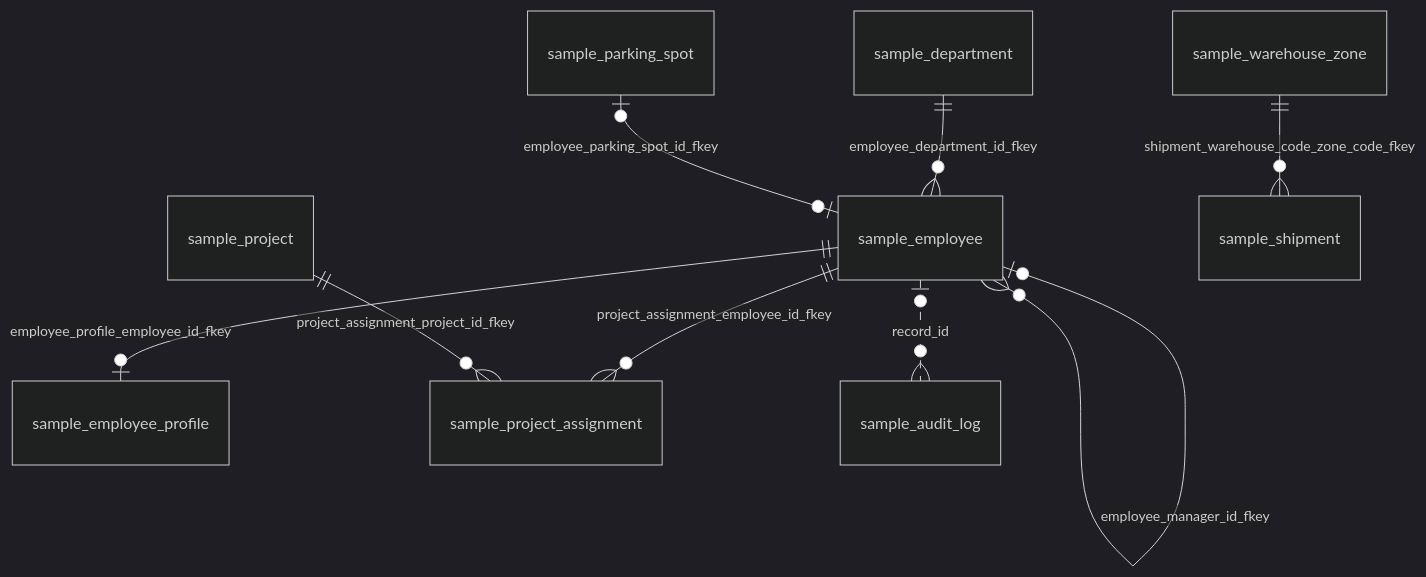
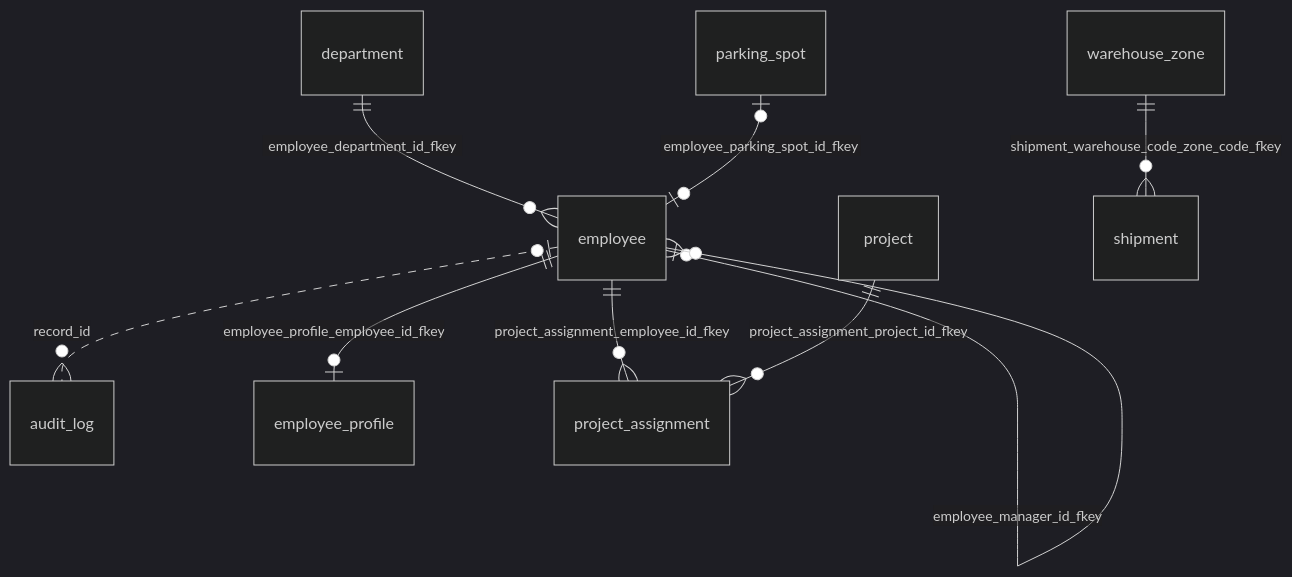
Before and after one commit to ebichan88/exportTableDefinition: the diagram in docs/sample/postgres/output/testdb/erDiagram_testdb_sample.md, drawn with Mermaid (dark theme). The commit also changed other lines of this file and 46 other files, not shown here.

First line of the commit message:
ER図のエンティティ表示ラベルをMermaidの別名構文でテーブル名のみに簡素化

````diff
--- a/docs/sample/postgres/output/testdb/erDiagram_testdb_sample.md
+++ b/docs/sample/postgres/output/testdb/erDiagram_testdb_sample.md
@@ -11,11 +11,20 @@
 ```mermaid
 erDiagram
+    sample_audit_log["audit_log"]
+    sample_department["department"]
+    sample_employee["employee"]
+    sample_employee_profile["employee_profile"]
+    sample_parking_spot["parking_spot"]
+    sample_project["project"]
+    sample_project_assignment["project_assignment"]
+    sample_shipment["shipment"]
+    sample_warehouse_zone["warehouse_zone"]
     sample_department ||--o{ sample_employee : "employee_department_id_fkey"
     sample_employee |o--o{ sample_employee : "employee_manager_id_fkey"
     sample_parking_spot |o--o| sample_employee : "employee_parking_spot_id_fkey"
     sample_employee ||--o| sample_employee_profile : "employee_profile_employee_id_fkey"
     sample_employee ||--o{ sample_project_assignment : "project_assignment_employee_id_fkey"
     sample_project ||--o{ sample_project_assignment : "project_assignment_project_id_fkey"
     sample_warehouse_zone ||--o{ sample_shipment : "shipment_warehouse_code_zone_code_fkey"
     sample_employee |o..o{ sample_audit_log : "record_id"
 ```
````
